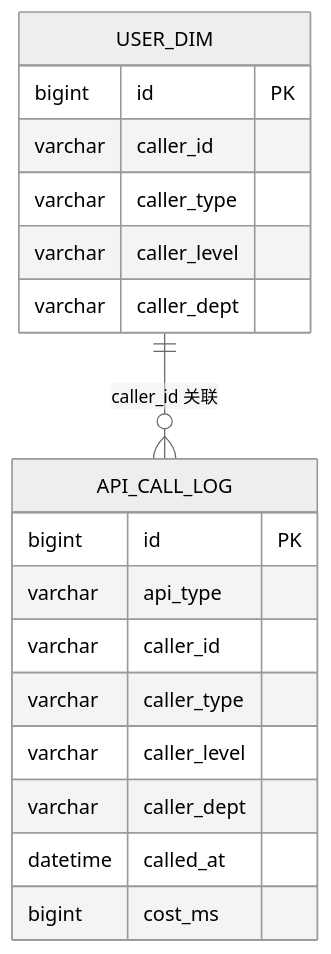
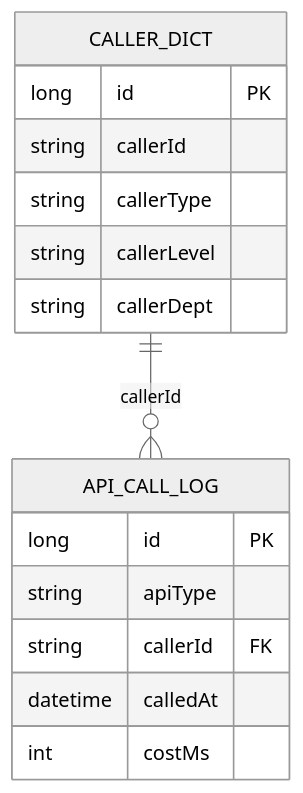
One commit to PH2498/ArmBasic changed the second of 5 diagrams in .agents/system.changes/design.md. Above: the diagram before and after it, drawn with Mermaid (neutral theme). The commit also changed other lines of this file, not shown here.

````diff
--- a/.agents/system.changes/design.md
+++ b/.agents/system.changes/design.md
@@ -235,21 +213,18 @@
 ```mermaid
 erDiagram
-    USER_DIM ||--o{ API_CALL_LOG : "caller_id 关联"
-    USER_DIM {
-        bigint id PK
-        varchar caller_id
-        varchar caller_type
-        varchar caller_level
-        varchar caller_dept
+    CALLER_DICT ||--o{ API_CALL_LOG : "callerId"
+    CALLER_DICT {
+        long id PK
+        string callerId
+        string callerType
+        string callerLevel
+        string callerDept
     }
     API_CALL_LOG {
-        bigint id PK
-        varchar api_type
-        varchar caller_id
-        varchar caller_type
-        varchar caller_level
-        varchar caller_dept
-        datetime called_at
-        bigint cost_ms
+        long id PK
+        string apiType
+        string callerId FK
+        datetime calledAt
+        int costMs
     }
 ```
````
